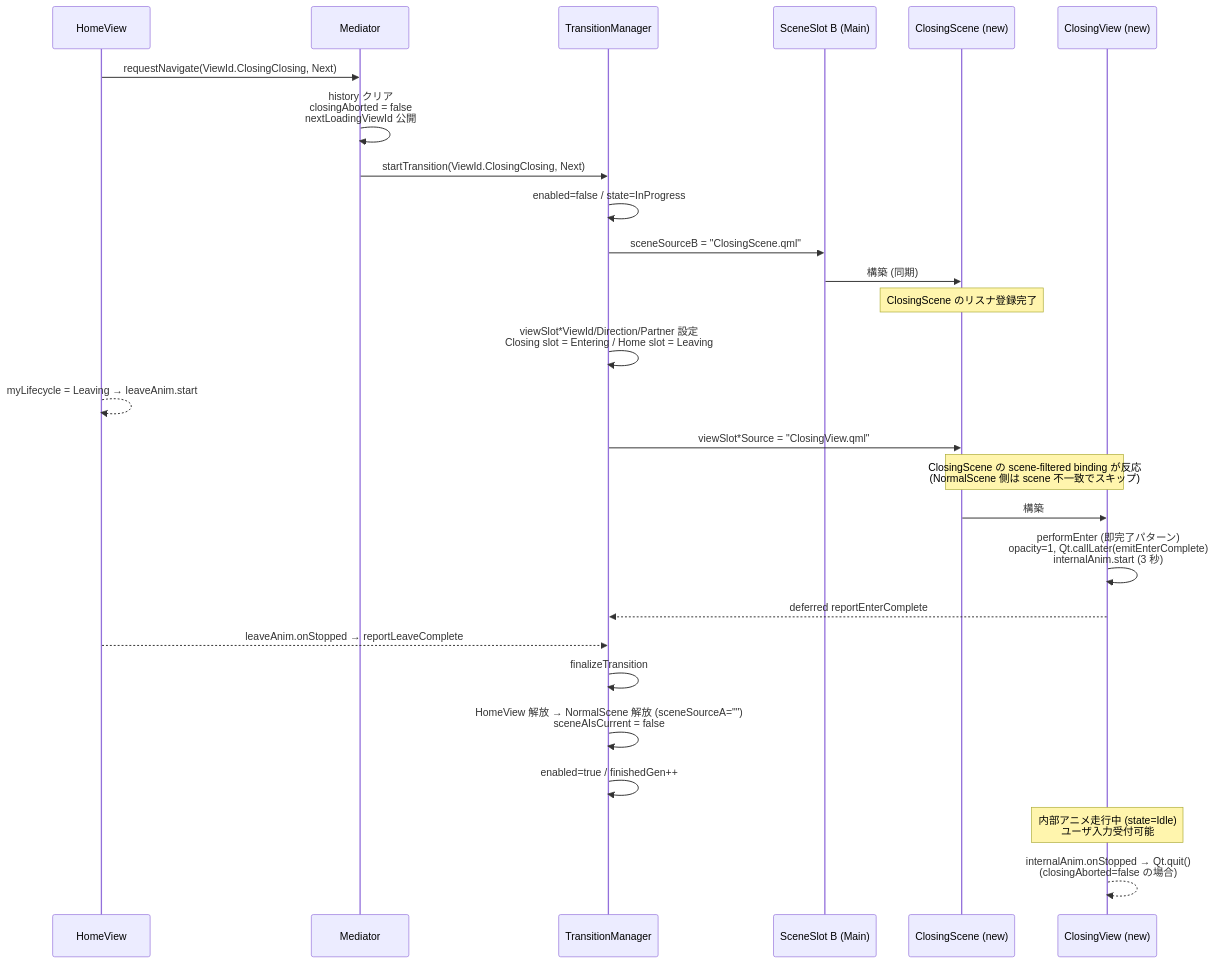
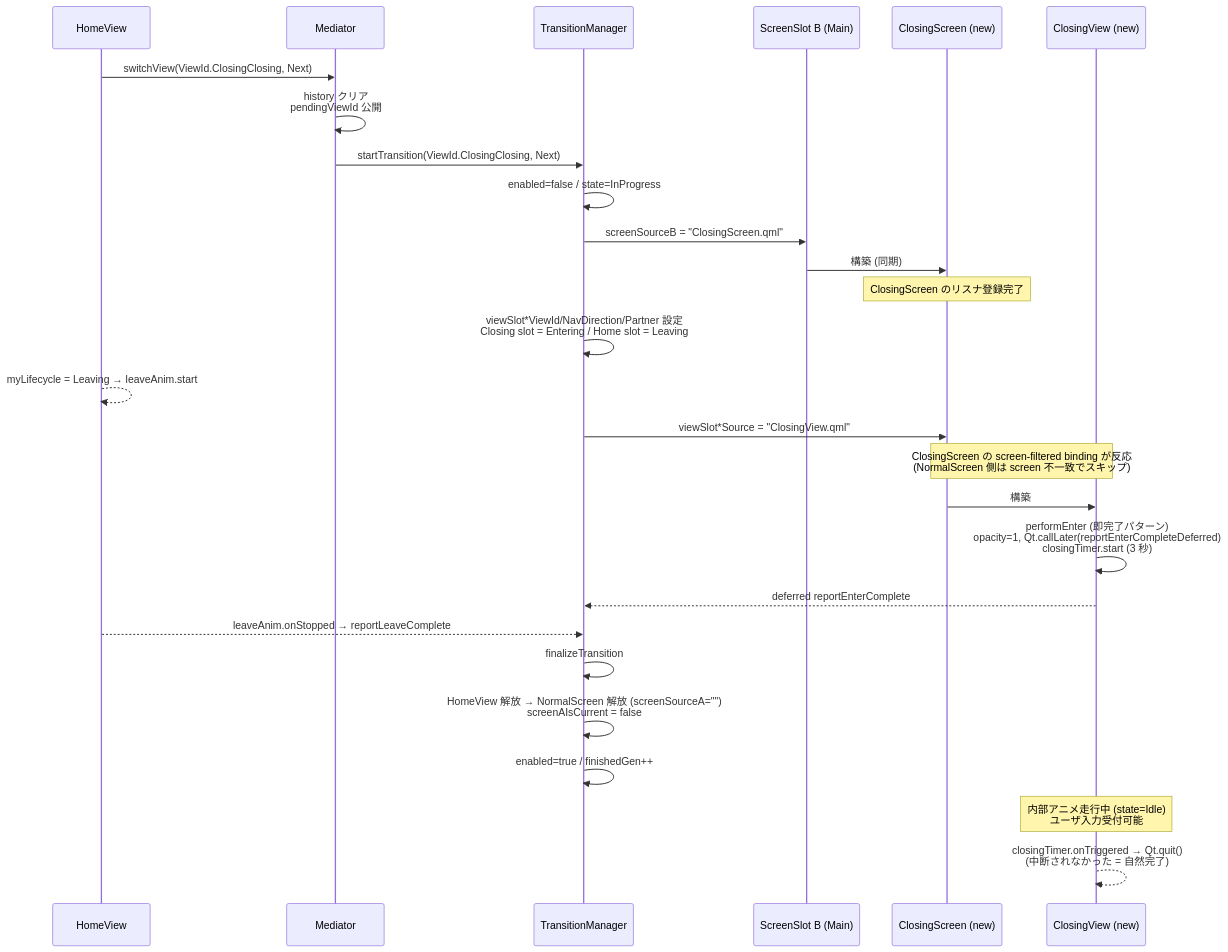
The sixth of 11 diagrams in docs/flows.md (yuya-kadono/qul-loader-navigation-poc), drawn with Mermaid before and after one commit. The commit also changed other lines of this file and 40 other files, not shown here.

````diff
--- a/docs/flows.md
+++ b/docs/flows.md
@@ -185,35 +188,35 @@
 ```mermaid
 sequenceDiagram
     participant Home as HomeView
     participant Med as Mediator
     participant TM as TransitionManager
-    participant SS as SceneSlot B (Main)
-    participant CS as ClosingScene (new)
+    participant SS as ScreenSlot B (Main)
+    participant CS as ClosingScreen (new)
     participant CV as ClosingView (new)
 
-    Home->>Med: requestNavigate(ViewId.ClosingClosing, Next)
-    Med->>Med: history クリア<br>closingAborted = false<br>nextLoadingViewId 公開
+    Home->>Med: switchView(ViewId.ClosingClosing, Next)
+    Med->>Med: history クリア<br>pendingViewId 公開
     Med->>TM: startTransition(ViewId.ClosingClosing, Next)
     TM->>TM: enabled=false / state=InProgress
 
-    TM->>SS: sceneSourceB = "ClosingScene.qml"
+    TM->>SS: screenSourceB = "ClosingScreen.qml"
     SS->>CS: 構築 (同期)
-    Note over CS: ClosingScene のリスナ登録完了
+    Note over CS: ClosingScreen のリスナ登録完了
 
-    TM->>TM: viewSlot*ViewId/Direction/Partner 設定<br>Closing slot = Entering / Home slot = Leaving
+    TM->>TM: viewSlot*ViewId/NavDirection/Partner 設定<br>Closing slot = Entering / Home slot = Leaving
     Home-->>Home: myLifecycle = Leaving → leaveAnim.start
 
     TM->>CS: viewSlot*Source = "ClosingView.qml"
-    Note over CS,CV: ClosingScene の scene-filtered binding が反応<br>(NormalScene 側は scene 不一致でスキップ)
+    Note over CS,CV: ClosingScreen の screen-filtered binding が反応<br>(NormalScreen 側は screen 不一致でスキップ)
     CS->>CV: 構築
-    CV->>CV: performEnter (即完了パターン)<br>opacity=1, Qt.callLater(emitEnterComplete)<br>internalAnim.start (3 秒)
+    CV->>CV: performEnter (即完了パターン)<br>opacity=1, Qt.callLater(reportEnterCompleteDeferred)<br>closingTimer.start (3 秒)
     CV-->>TM: deferred reportEnterComplete
 
     Home-->>TM: leaveAnim.onStopped → reportLeaveComplete
     TM->>TM: finalizeTransition
-    TM->>TM: HomeView 解放 → NormalScene 解放 (sceneSourceA="")<br>sceneAIsCurrent = false
+    TM->>TM: HomeView 解放 → NormalScreen 解放 (screenSourceA="")<br>screenAIsCurrent = false
     TM->>TM: enabled=true / finishedGen++
 
     Note over CV: 内部アニメ走行中 (state=Idle)<br>ユーザ入力受付可能
-    CV-->>CV: internalAnim.onStopped → Qt.quit()<br>(closingAborted=false の場合)
+    CV-->>CV: closingTimer.onTriggered → Qt.quit()<br>(中断されなかった = 自然完了)
 ```
````
